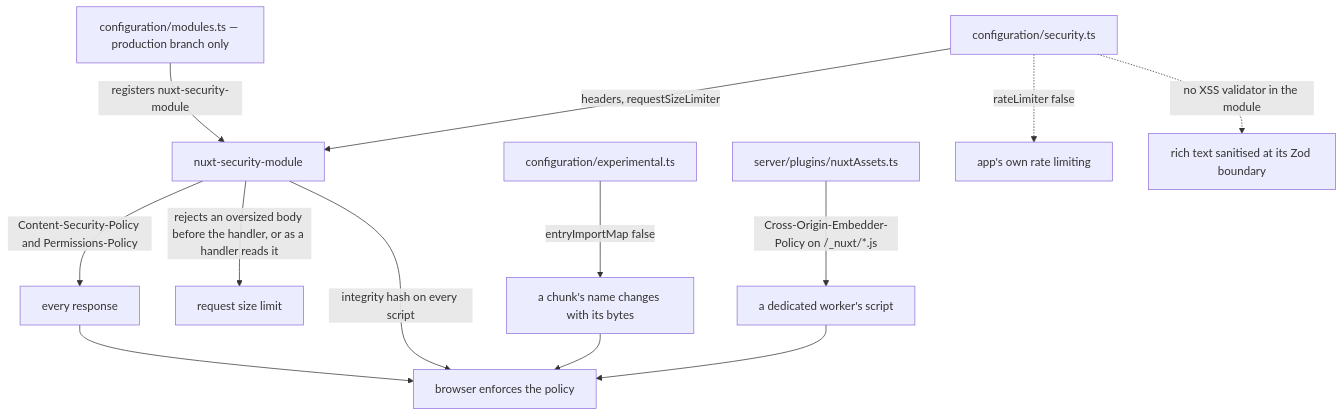
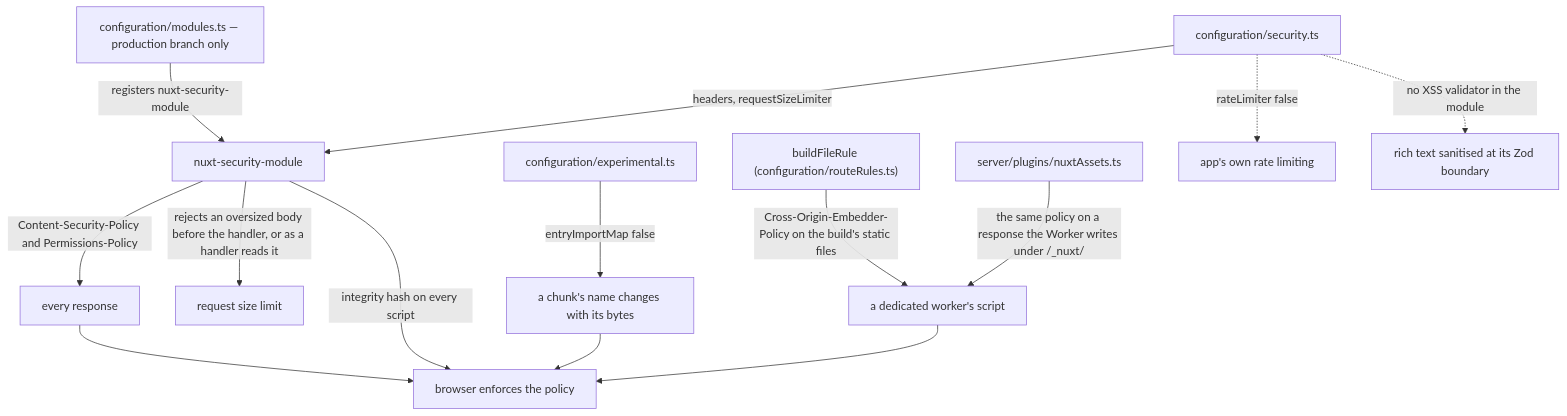
The diagram in openspec/specs/architecture/security-posture/design.md (Esposter/Esposter), drawn with Mermaid before and after one commit. The commit also changed other lines of this file and 5 other files, not shown here.

First line of the commit message:
fix(web): the build's folder carries the embedder policy its worker scripts need, from a route rule

````diff
--- a/openspec/specs/architecture/security-posture/design.md
+++ b/openspec/specs/architecture/security-posture/design.md
@@ -9,15 +9,16 @@
 ```mermaid
 flowchart TD
   modules["configuration/modules.ts — production branch only"] -->|"registers nuxt-security-module"| module["nuxt-security-module"]
   config["configuration/security.ts"] -->|"headers, requestSizeLimiter"| module
   module -->|"Content-Security-Policy and Permissions-Policy"| response["every response"]
   module -->|"rejects an oversized body before the handler, or as a handler reads it"| upload["request size limit"]
   response --> browser["browser enforces the policy"]
   module -->|"integrity hash on every script"| browser
   experimental["configuration/experimental.ts"] -->|"entryImportMap false"| names["a chunk's name changes with its bytes"]
   names --> browser
-  assetHook["server/plugins/nuxtAssets.ts"] -->|"Cross-Origin-Embedder-Policy on /_nuxt/*.js"| worker["a dedicated worker's script"]
+  assetRule["buildFileRule (configuration/routeRules.ts)"] -->|"Cross-Origin-Embedder-Policy on the build's static files"| worker["a dedicated worker's script"]
+  assetHook["server/plugins/nuxtAssets.ts"] -->|"the same policy on a response the Worker writes under /_nuxt/"| worker
   worker --> browser
   config -.->|"rateLimiter false"| rate["app's own rate limiting"]
   config -.->|"no XSS validator in the module"| xss["rich text sanitised at its Zod boundary"]
 ```
````
